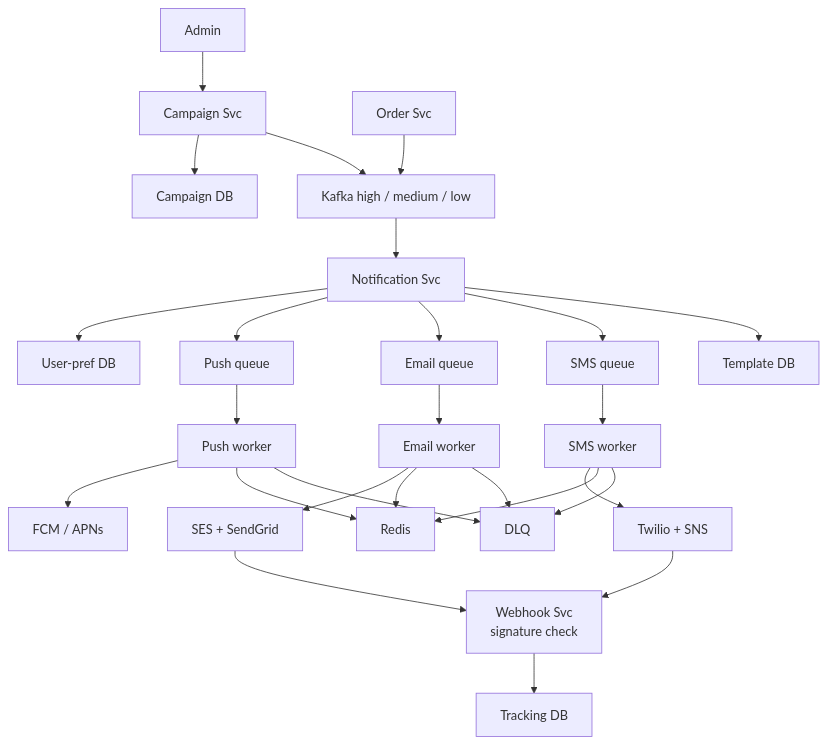
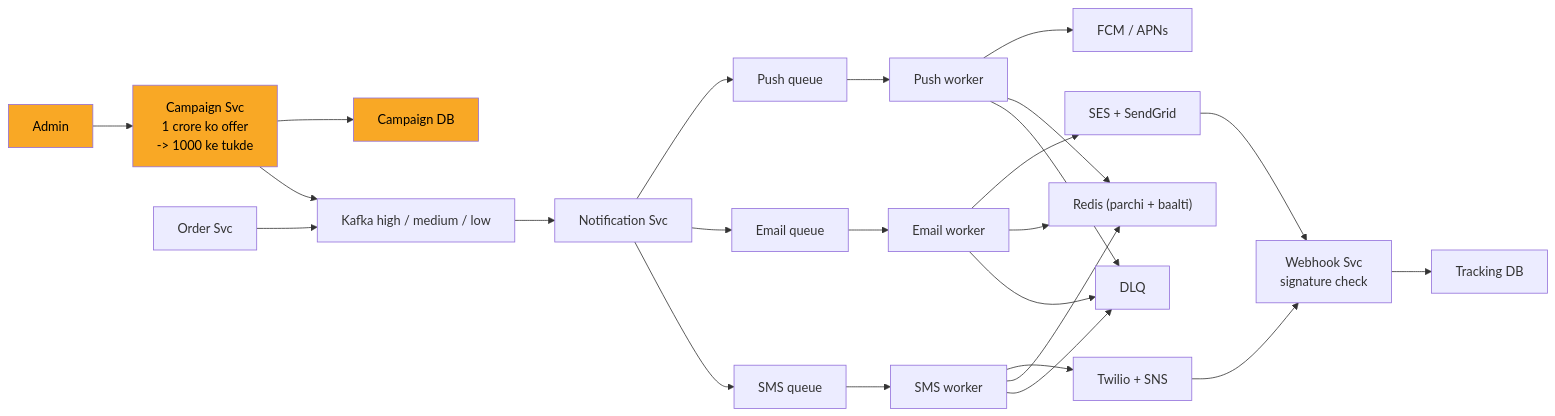
Before and after one commit to ArpanMaheshwari144/Prep: diagram 11 of 13 in 04_HLD/SYSTEM_DESIGNS/04_notification_system/04_notification_system.md, drawn with Mermaid. The commit also changed other lines of this file and 2 other files, not shown here.

Commit message:
notification, payment, file upload: one-day story, short cards, follow-ups with rules, highlighted diagrams

````diff
--- a/04_HLD/SYSTEM_DESIGNS/04_notification_system/04_notification_system.md
+++ b/04_HLD/SYSTEM_DESIGNS/04_notification_system/04_notification_system.md
@@ -610,49 +542,48 @@
 ```mermaid
-flowchart TD
+flowchart LR
     n_Admin["Admin"]
-    n_Campaign_Svc["Campaign Svc"]
+    n_Campaign_Svc["Campaign Svc<br/>1 crore ko offer<br/>-> 1000 ke tukde"]
     n_Campaign_DB["Campaign DB"]
     n_Order_Svc["Order Svc"]
-    n_Kafka_high_medium_low["Kafka high / medium / low"]
+    n_Kafka["Kafka high / medium / low"]
     n_Notification_Svc["Notification Svc"]
-    n_User_pref_DB["User-pref DB"]
-    n_Template_DB["Template DB"]
     n_Push_queue["Push queue"]
     n_Push_worker["Push worker"]
     n_FCM_APNs["FCM / APNs"]
     n_Email_queue["Email queue"]
     n_Email_worker["Email worker"]
-    n_SES_SendGrid["SES + SendGrid"]
+    n_SES["SES + SendGrid"]
     n_SMS_queue["SMS queue"]
     n_SMS_worker["SMS worker"]
-    n_Twilio_SNS["Twilio + SNS"]
-    n_Redis["Redis"]
+    n_Twilio["Twilio + SNS"]
+    n_Redis["Redis (parchi + baalti)"]
+    n_DLQ["DLQ"]
     n_Webhook_Svc["Webhook Svc<br/>signature check"]
     n_Tracking_DB["Tracking DB"]
-    n_DLQ["DLQ"]
     n_Admin --> n_Campaign_Svc
     n_Campaign_Svc --> n_Campaign_DB
-    n_Campaign_Svc --> n_Kafka_high_medium_low
-    n_Order_Svc --> n_Kafka_high_medium_low
-    n_Kafka_high_medium_low --> n_Notification_Svc
-    n_Notification_Svc --> n_User_pref_DB
+    n_Campaign_Svc --> n_Kafka
+    n_Order_Svc --> n_Kafka
+    n_Kafka --> n_Notification_Svc
     n_Notification_Svc --> n_Push_queue
     n_Notification_Svc --> n_Email_queue
     n_Notification_Svc --> n_SMS_queue
-    n_Notification_Svc --> n_Template_DB
     n_Push_queue --> n_Push_worker
     n_Push_worker --> n_FCM_APNs
     n_Email_queue --> n_Email_worker
-    n_Email_worker --> n_SES_SendGrid
+    n_Email_worker --> n_SES
     n_SMS_queue --> n_SMS_worker
-    n_SMS_worker --> n_Twilio_SNS
-    n_SMS_worker --> n_Redis
-    n_SMS_worker --> n_DLQ
-    n_Twilio_SNS --> n_Webhook_Svc
+    n_SMS_worker --> n_Twilio
     n_Push_worker --> n_Redis
     n_Email_worker --> n_Redis
+    n_SMS_worker --> n_Redis
     n_Push_worker --> n_DLQ
     n_Email_worker --> n_DLQ
-    n_SES_SendGrid --> n_Webhook_Svc
+    n_SMS_worker --> n_DLQ
+    n_SES --> n_Webhook_Svc
+    n_Twilio --> n_Webhook_Svc
     n_Webhook_Svc --> n_Tracking_DB
+    style n_Admin fill:#f9a825,color:#000
+    style n_Campaign_Svc fill:#f9a825,color:#000
+    style n_Campaign_DB fill:#f9a825,color:#000
 ```
````
